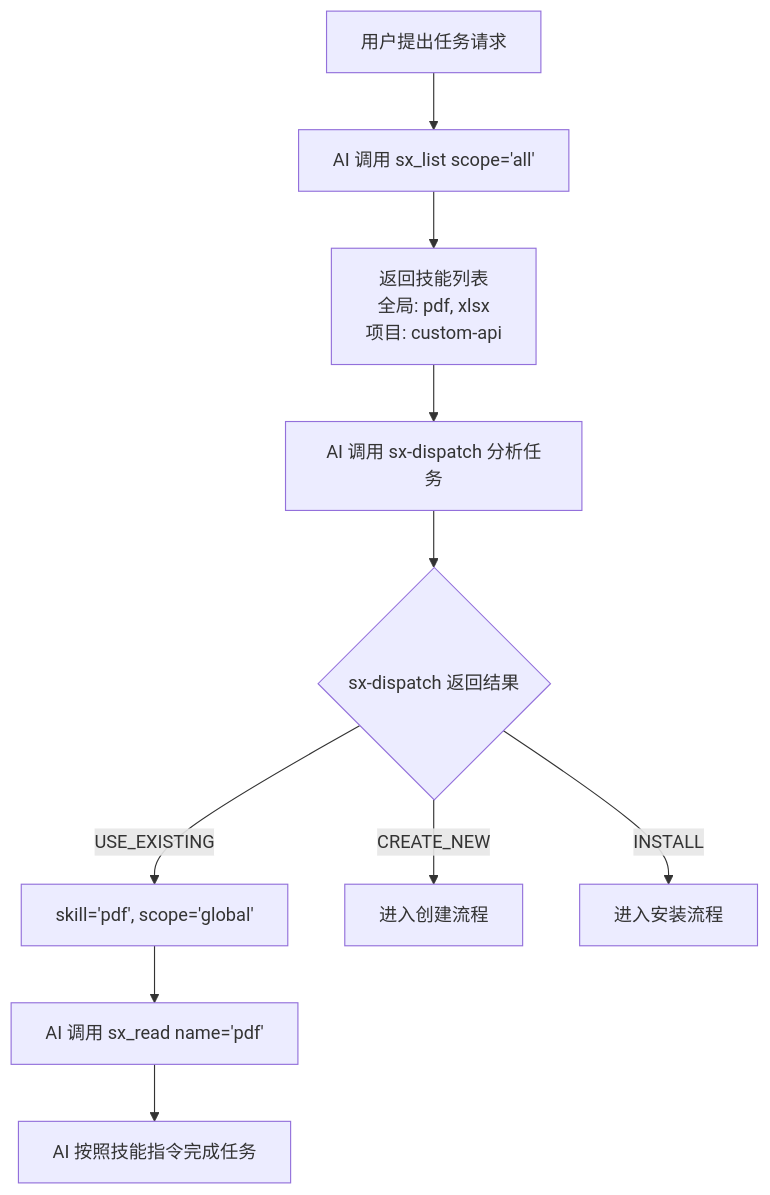
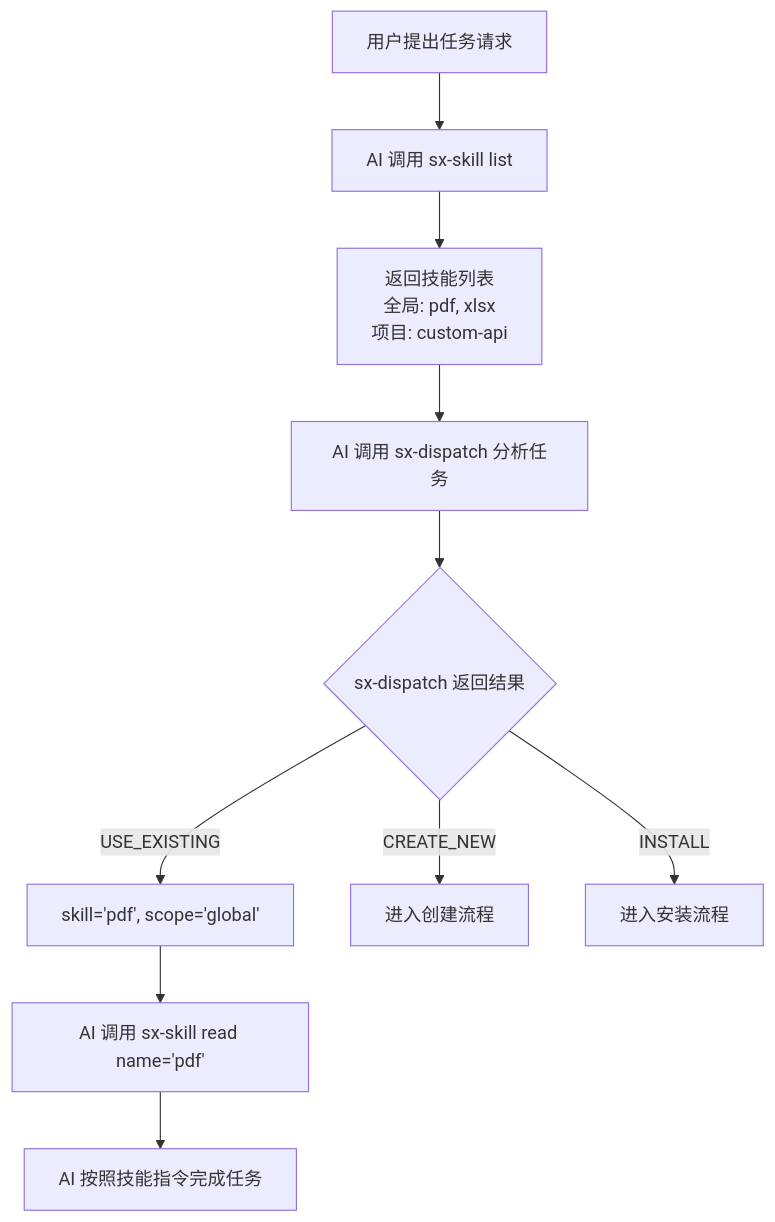
The fourth of 6 diagrams in design/02-设计/20260111-03-自动创建与进化设计.md (shetengteng/skillix-mcp), drawn with Mermaid before and after one commit. The commit also changed other lines of this file, not shown here.

````diff
--- a/design/02-设计/20260111-03-自动创建与进化设计.md
+++ b/design/02-设计/20260111-03-自动创建与进化设计.md
@@ -279,12 +317,12 @@
 ```mermaid
 flowchart TD
-    A[用户提出任务请求] --> B["AI 调用 sx_list scope='all'"]
+    A[用户提出任务请求] --> B["AI 调用 sx-skill list"]
     B --> C["返回技能列表<br/>全局: pdf, xlsx<br/>项目: custom-api"]
     C --> D[AI 调用 sx-dispatch 分析任务]
     D --> E{sx-dispatch 返回结果}
     E -->|USE_EXISTING| F["skill='pdf', scope='global'"]
-    F --> G["AI 调用 sx_read name='pdf'"]
+    F --> G["AI 调用 sx-skill read name='pdf'"]
     G --> H[AI 按照技能指令完成任务]
     E -->|CREATE_NEW| I[进入创建流程]
     E -->|INSTALL| J[进入安装流程]
 ```
````
